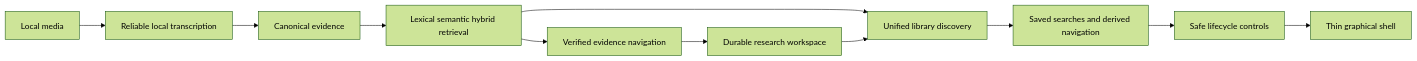
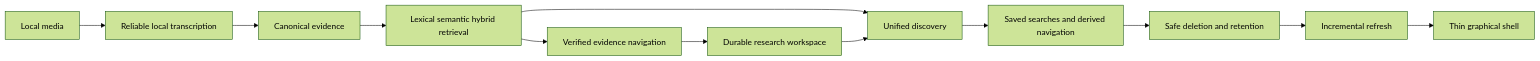
The diagram in ROADMAP.md (SSD1805/EchoFlow), drawn with Mermaid (forest theme) before and after one commit. The commit also changed other lines of this file and 13 other files, not shown here.

Commit message:
feat(library): add safe deletion and retention controls

````diff
--- a/ROADMAP.md
+++ b/ROADMAP.md
@@ -16,13 +14,14 @@
 ```mermaid
 flowchart LR
     A[Local media] --> B[Reliable local transcription]
     B --> C[Canonical evidence]
     C --> D[Lexical semantic hybrid retrieval]
     D --> E[Verified evidence navigation]
     E --> F[Durable research workspace]
-    D --> G[Unified library discovery]
+    D --> G[Unified discovery]
     F --> G
     G --> H[Saved searches and derived navigation]
-    H --> I[Safe lifecycle controls]
-    I --> J[Thin graphical shell]
+    H --> I[Safe deletion and retention]
+    I --> J[Incremental refresh]
+    J --> K[Thin graphical shell]
 ```
````
